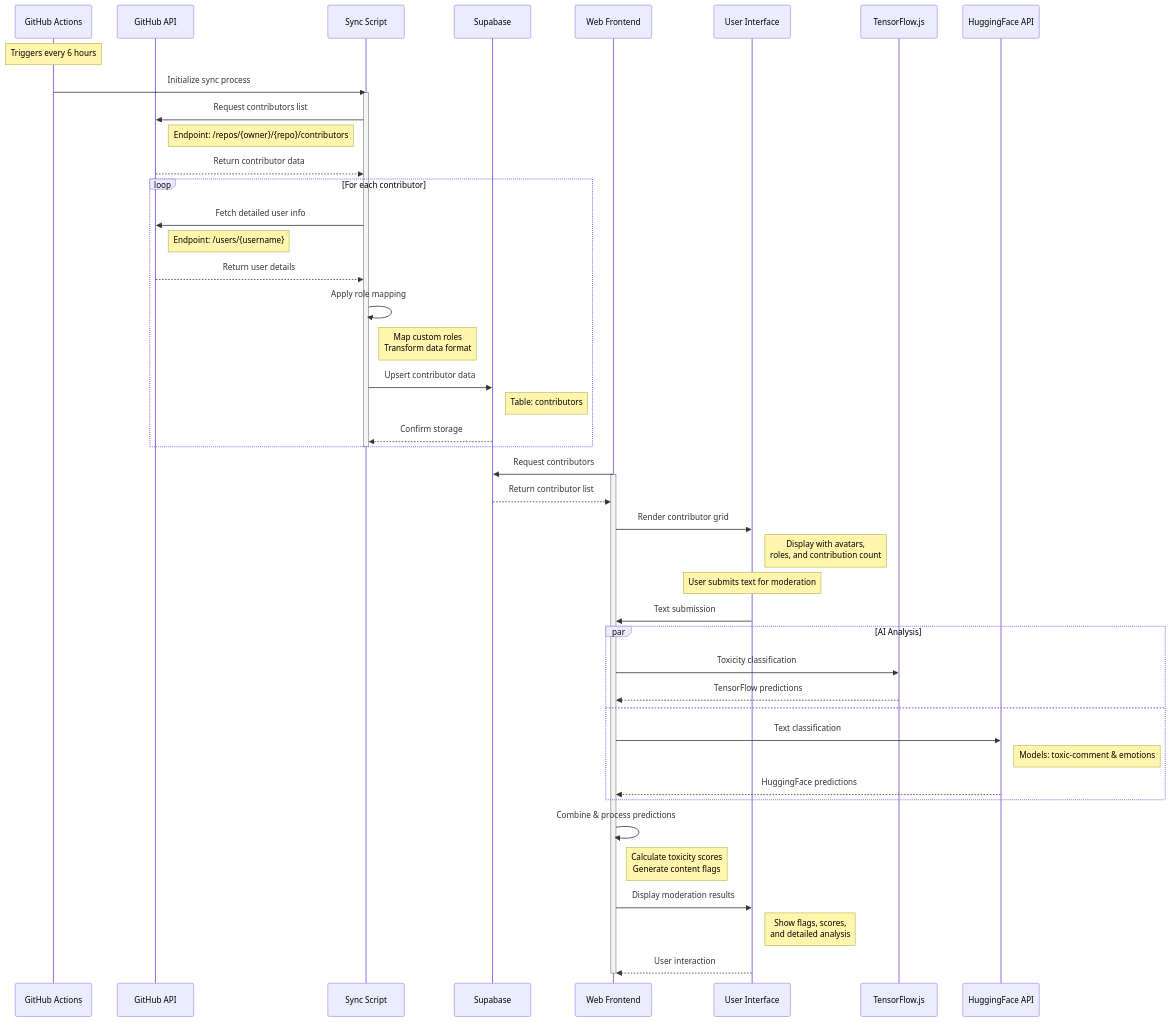
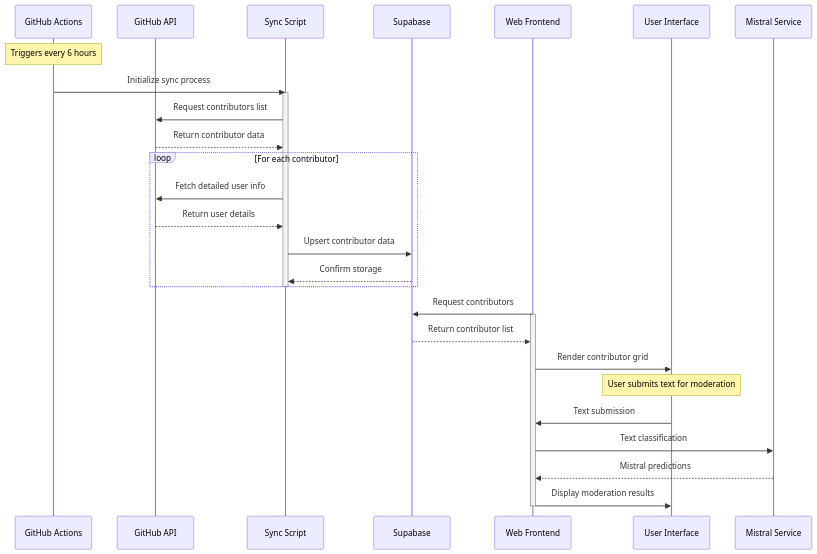
The first of 4 diagrams in README.md (nathan-myers/Maverick-AI), drawn with Mermaid before and after one commit. The commit also changed other lines of this file, not shown here.

````diff
--- a/README.md
+++ b/README.md
@@ -106,64 +106,42 @@
 ```mermaid
 sequenceDiagram
     participant GHA as GitHub Actions
     participant GH as GitHub API
     participant SS as Sync Script
     participant SB as Supabase
     participant WEB as Web Frontend
     participant UI as User Interface
-    participant TF as TensorFlow.js
-    participant HF as HuggingFace API
+    participant MS as Mistral Service
     
     Note over GHA: Triggers every 6 hours
     
     GHA->>SS: Initialize sync process
     activate SS
     
     SS->>GH: Request contributors list
-    Note right of GH: Endpoint: /repos/{owner}/{repo}/contributors
     GH-->>SS: Return contributor data
     
     loop For each contributor
         SS->>GH: Fetch detailed user info
-        Note right of GH: Endpoint: /users/{username}
         GH-->>SS: Return user details
-        
-        SS->>SS: Apply role mapping
-        Note right of SS: Map custom roles<br/>Transform data format
-        
         SS->>SB: Upsert contributor data
-        Note right of SB: Table: contributors
         SB-->>SS: Confirm storage
     end
     
     deactivate SS
     
     WEB->>SB: Request contributors
     activate WEB
     SB-->>WEB: Return contributor list
     
     WEB->>UI: Render contributor grid
-    Note right of UI: Display with avatars,<br/>roles, and contribution count
     
     Note over UI: User submits text for moderation
     
     UI->>WEB: Text submission
+    WEB->>MS: Text classification
+    MS-->>WEB: Mistral predictions
+    WEB->>UI: Display moderation results
     
-    par AI Analysis
-        WEB->>TF: Toxicity classification
-        TF-->>WEB: TensorFlow predictions
-    and
-        WEB->>HF: Text classification
-        Note right of HF: Models: toxic-comment & emotions
-        HF-->>WEB: HuggingFace predictions
-    end
-    
-    WEB->>WEB: Combine & process predictions
-    Note right of WEB: Calculate toxicity scores<br/>Generate content flags
-    
-    WEB->>UI: Display moderation results
-    Note right of UI: Show flags, scores,<br/>and detailed analysis
-    
-    UI-->>WEB: User interaction
     deactivate WEB
 ```
````
